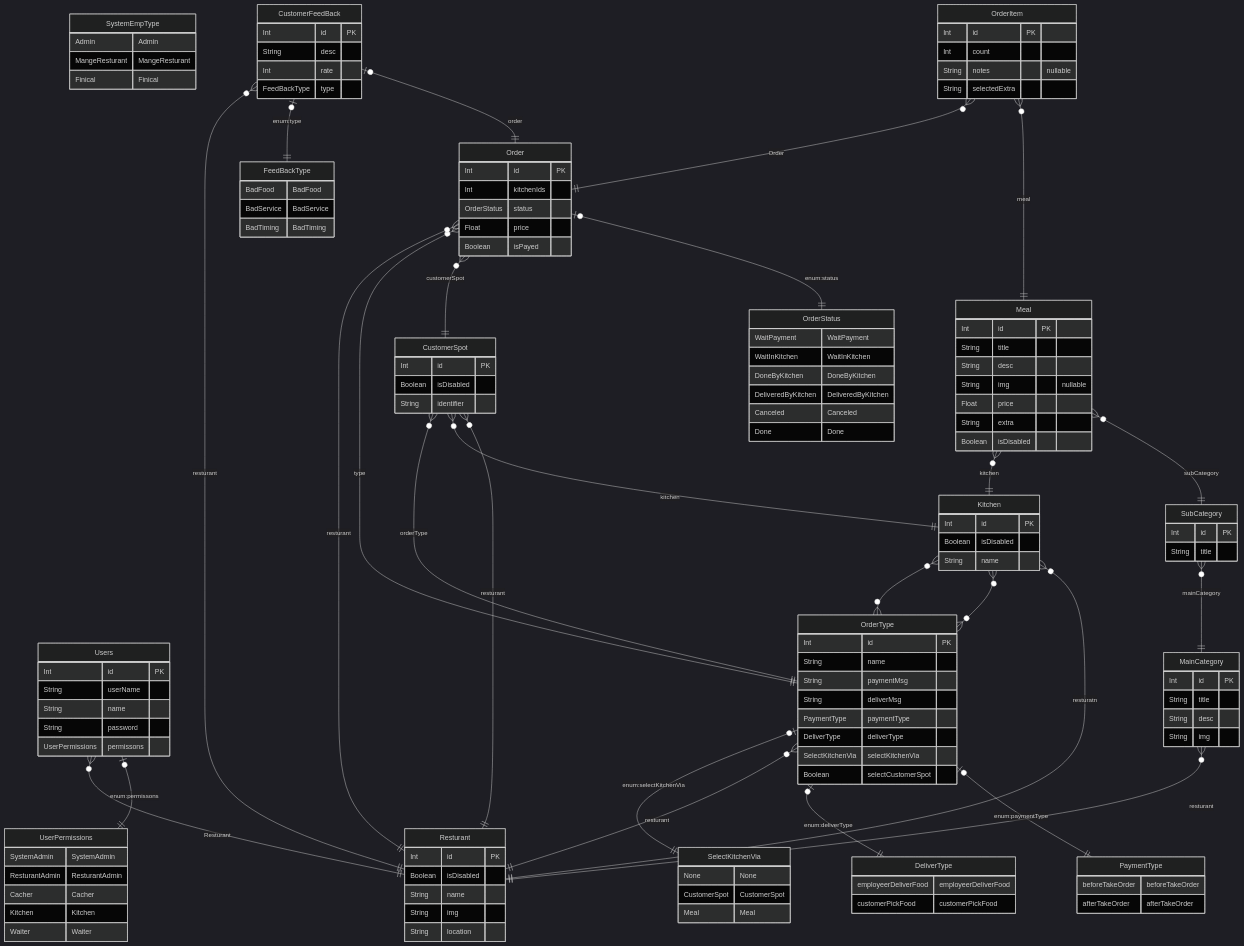
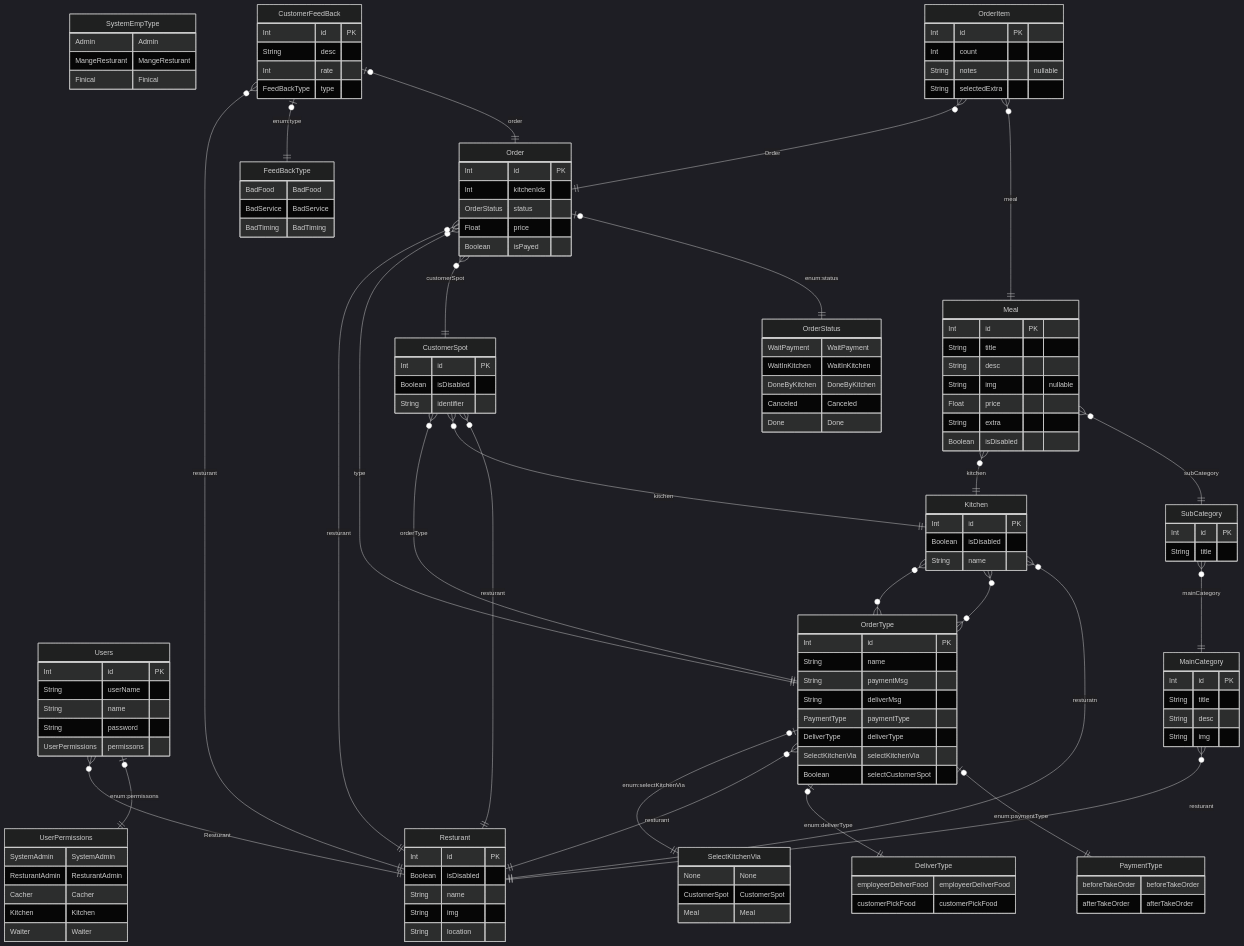
The diagram in prisma/ERD.md (Ali1Ammar/emenu-backend), drawn with Mermaid (dark theme) before and after one commit. The commit also changed 1 other file, not shown here.

Commit message:
remove unused DeliveredByKitchen

```diff
--- a/prisma/ERD.md
+++ b/prisma/ERD.md
@@ -37,7 +37,6 @@
             WaitPayment WaitPayment
 WaitInKitchen WaitInKitchen
 DoneByKitchen DoneByKitchen
-DeliveredByKitchen DeliveredByKitchen
 Canceled Canceled
 Done Done
         }
```
